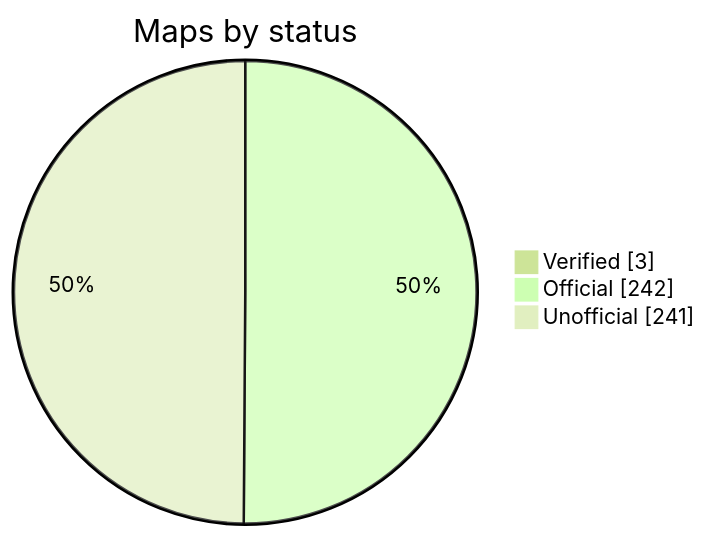
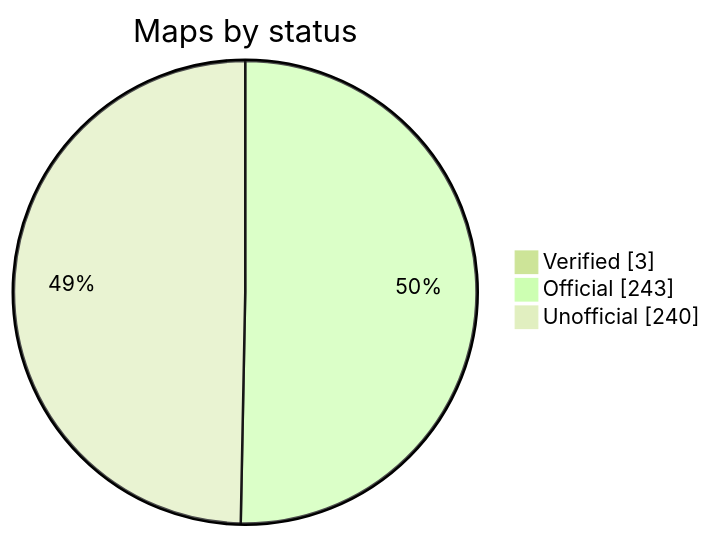
The diagram in README.md (nobrega8/mbmap-library), drawn with Mermaid (forest theme) before and after one commit. The commit also changed 2 other files, not shown here.

Commit message:
Rewrite the Schneider EM4200 map from the manufacturer's Modbus register map

````diff
--- a/README.md
+++ b/README.md
@@ -48,7 +48,7 @@
 ```mermaid
 pie showData
     title Maps by status
     "Verified" : 3
-    "Official" : 242
-    "Unofficial" : 241
+    "Official" : 243
+    "Unofficial" : 240
 ```
````
